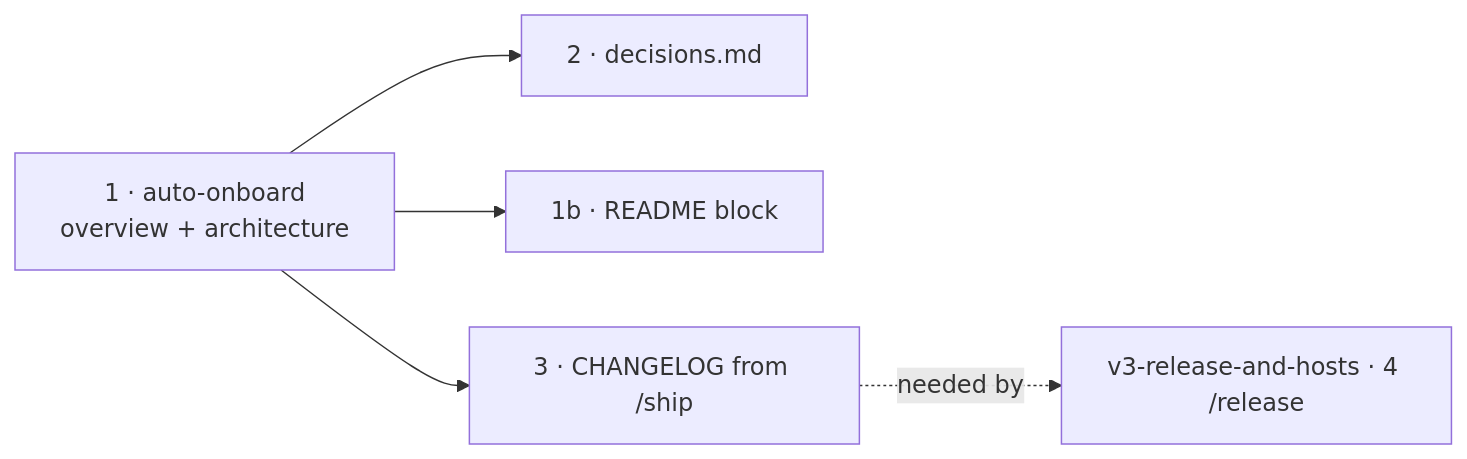
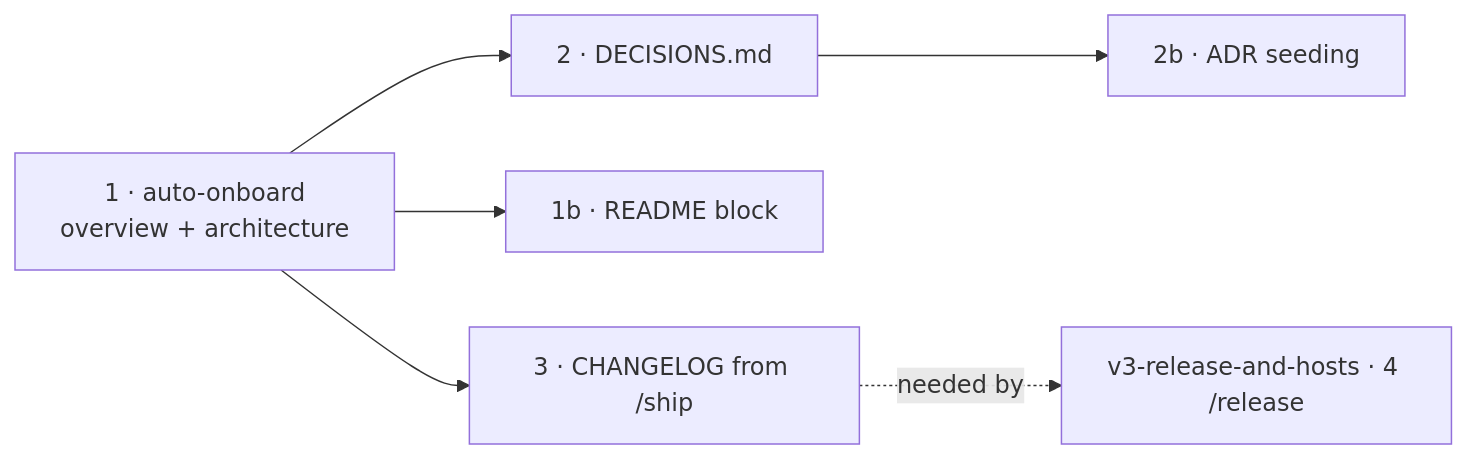
One commit to dzaffren/claude-plugin changed the second of 2 diagrams in docs/specs/v3-project-memory/shape.md. Above: the diagram before and after it, drawn with Mermaid. The commit also changed other lines of this file and 3 other files, not shown here.

````diff
--- a/docs/specs/v3-project-memory/shape.md
+++ b/docs/specs/v3-project-memory/shape.md
@@ -31,7 +31,8 @@
 ```mermaid
 flowchart LR
-    S1["1 · auto-onboard<br/>overview + architecture"] --> S2["2 · decisions.md"]
+    S1["1 · auto-onboard<br/>overview + architecture"] --> S2["2 · DECISIONS.md"]
     S1 --> S1b["1b · README block"]
+    S2 --> S2b["2b · ADR seeding"]
     S1 --> S3["3 · CHANGELOG from /ship"]
     S3 -. "needed by" .-> R4["v3-release-and-hosts · 4 /release"]
 ```
````
